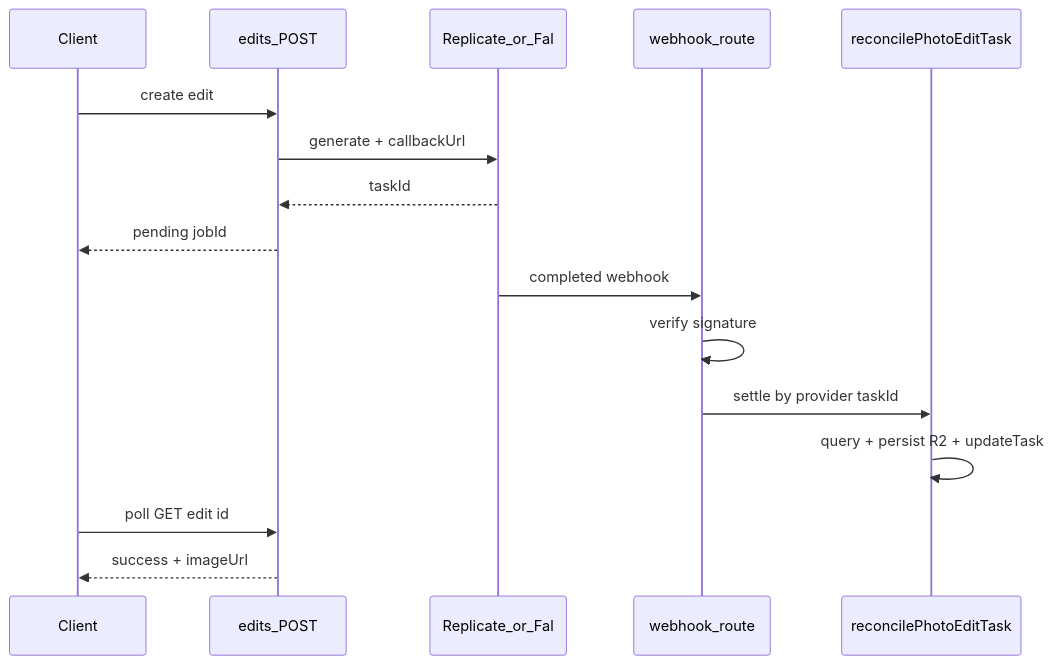
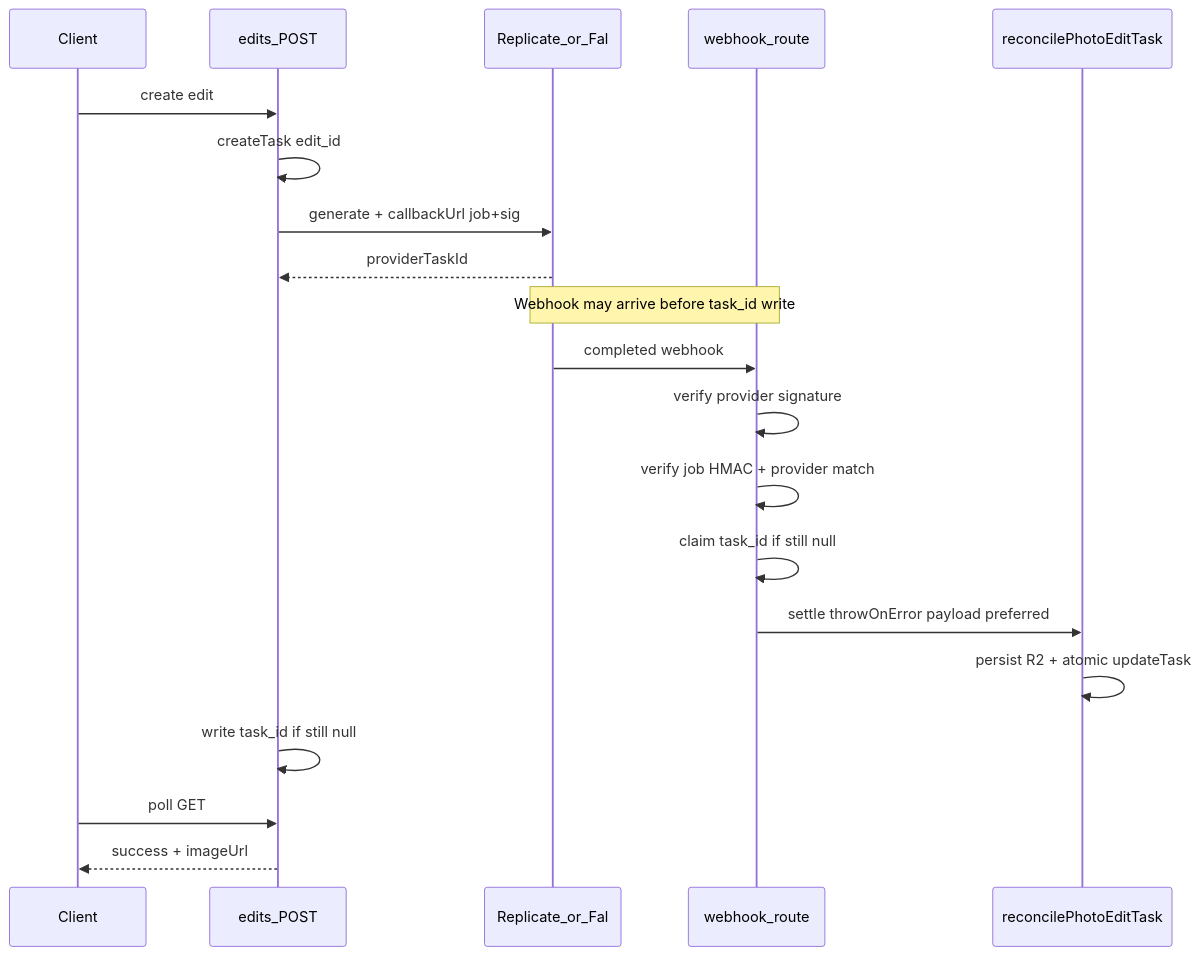
One commit to CoderLim/ai-photo-editor changed the diagram in docs/photo-edit-webhook-plan.md. Above: the diagram before and after it, drawn with Mermaid. The commit also changed other lines of this file and 12 other files, not shown here.

````diff
--- a/docs/photo-edit-webhook-plan.md
+++ b/docs/photo-edit-webhook-plan.md
@@ -13,19 +22,23 @@
 ```mermaid
 sequenceDiagram
   participant Client
   participant API as edits_POST
   participant Provider as Replicate_or_Fal
   participant Hook as webhook_route
   participant Rec as reconcilePhotoEditTask
 
   Client->>API: create edit
-  API->>Provider: generate + callbackUrl
-  Provider-->>API: taskId
-  API-->>Client: pending jobId
+  API->>API: createTask edit_id
+  API->>Provider: generate + callbackUrl job+sig
+  Provider-->>API: providerTaskId
+  Note over Provider,Hook: Webhook may arrive before task_id write
   Provider->>Hook: completed webhook
-  Hook->>Hook: verify signature
-  Hook->>Rec: settle by provider taskId
-  Rec->>Rec: query + persist R2 + updateTask
-  Client->>API: poll GET edit id
+  Hook->>Hook: verify provider signature
+  Hook->>Hook: verify job HMAC + provider match
+  Hook->>Hook: claim task_id if still null
+  Hook->>Rec: settle throwOnError payload preferred
+  Rec->>Rec: persist R2 + atomic updateTask
+  API->>API: write task_id if still null
+  Client->>API: poll GET
   API-->>Client: success + imageUrl
 ```
````
